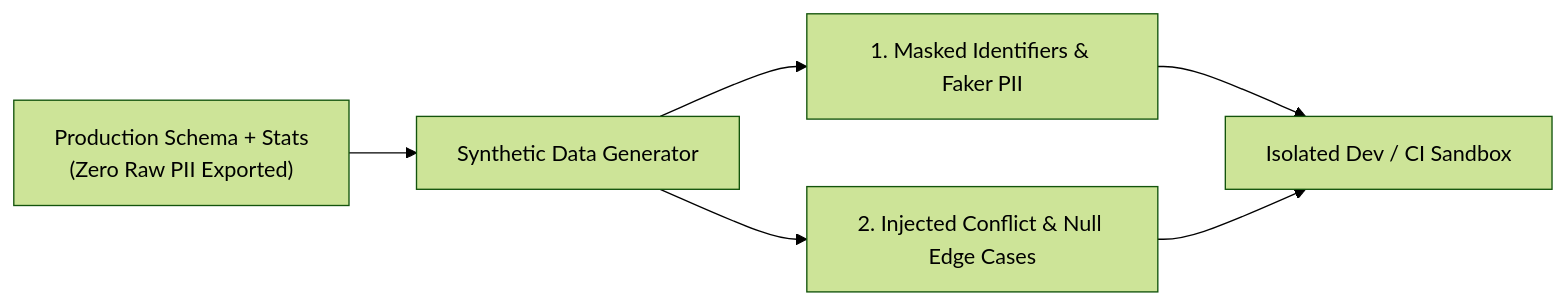
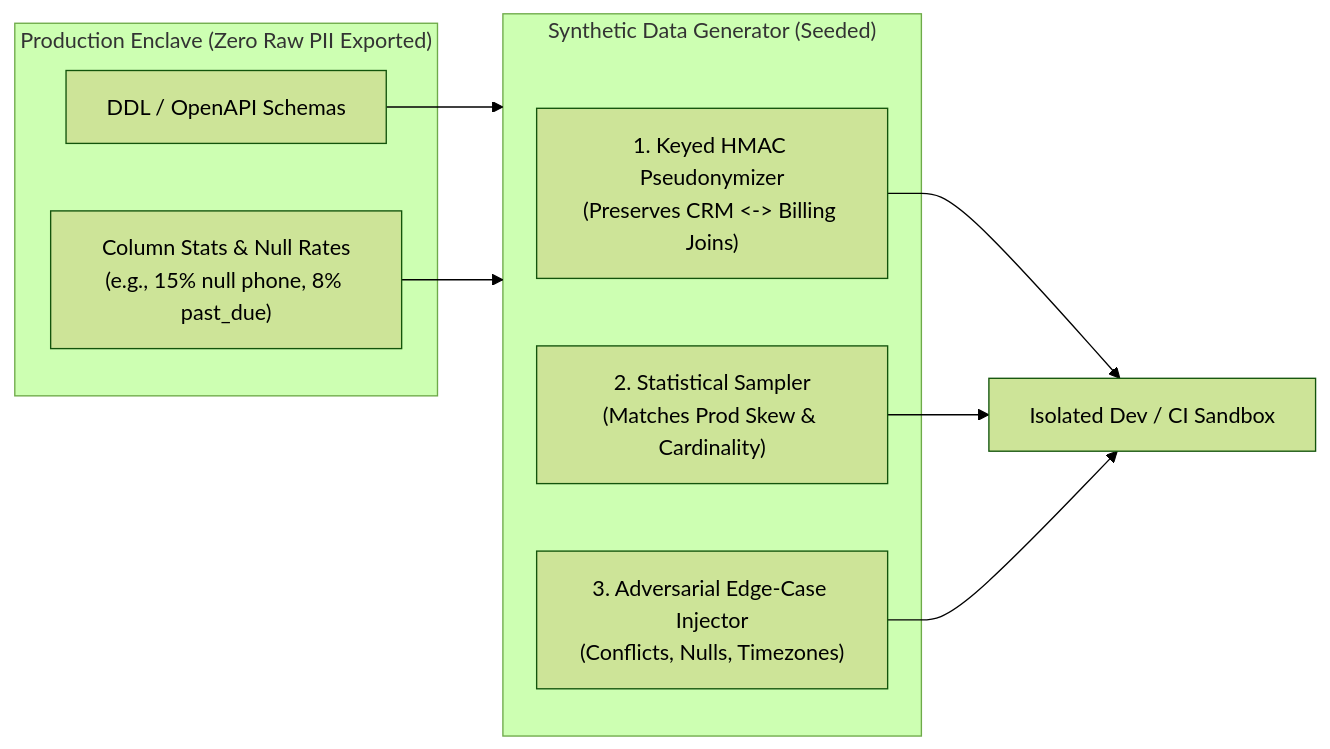
One commit to Amie-dev/FDE-and-GenAI-Mastery changed the first of 2 diagrams in Lecture 24 - Enterprise Data Discovery and Apache Ossie/notes/03_Synthetic_Data_Environments_for_Safe_Dev.md. Above: the diagram before and after it, drawn with Mermaid (forest theme). The commit also changed other lines of this file and 92 other files, not shown here.

````diff
--- a/Lecture 24 - Enterprise Data Discovery and Apache Ossie/notes/03_Synthetic_Data_Environments_for_Safe_Dev.md
+++ b/Lecture 24 - Enterprise Data Discovery and Apache Ossie/notes/03_Synthetic_Data_Environments_for_Safe_Dev.md
@@ -31,8 +47,19 @@
 ```mermaid
 flowchart LR
-    Prod["Production Schema + Stats<br/>(Zero Raw PII Exported)"] --> Gen["Synthetic Data Generator"]
-    Gen --> Mask["1. Masked Identifiers & Faker PII"]
-    Gen --> Edge["2. Injected Conflict & Null Edge Cases"]
+    subgraph PROD["Production Enclave (Zero Raw PII Exported)"]
+        Schema["DDL / OpenAPI Schemas"]
+        Stats["Column Stats & Null Rates<br/>(e.g., 15% null phone, 8% past_due)"]
+    end
+
+    subgraph GEN["Synthetic Data Generator (Seeded)"]
+        Mask["1. Keyed HMAC Pseudonymizer<br/>(Preserves CRM <-> Billing Joins)"]
+        Dist["2. Statistical Sampler<br/>(Matches Prod Skew & Cardinality)"]
+        Edge["3. Adversarial Edge-Case Injector<br/>(Conflicts, Nulls, Timezones)"]
+    end
+
+    Schema --> GEN
+    Stats --> GEN
     Mask --> DevEnv["Isolated Dev / CI Sandbox"]
+    Dist --> DevEnv
     Edge --> DevEnv
 ```
````
